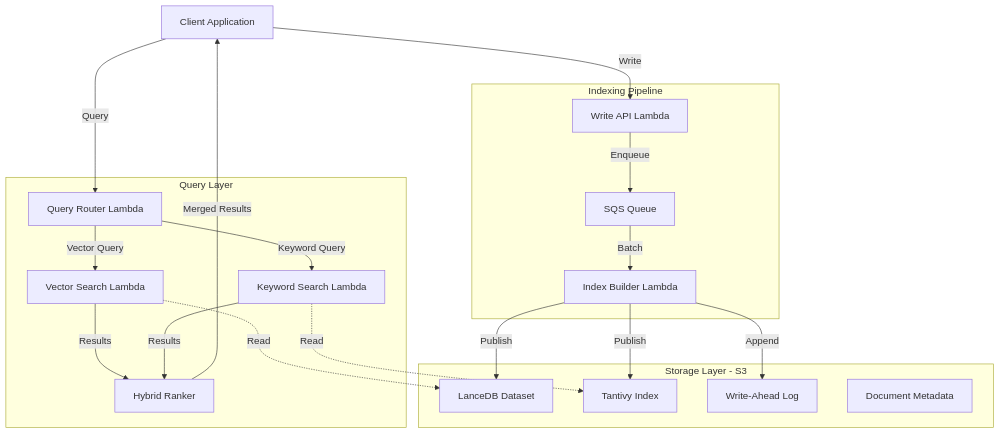
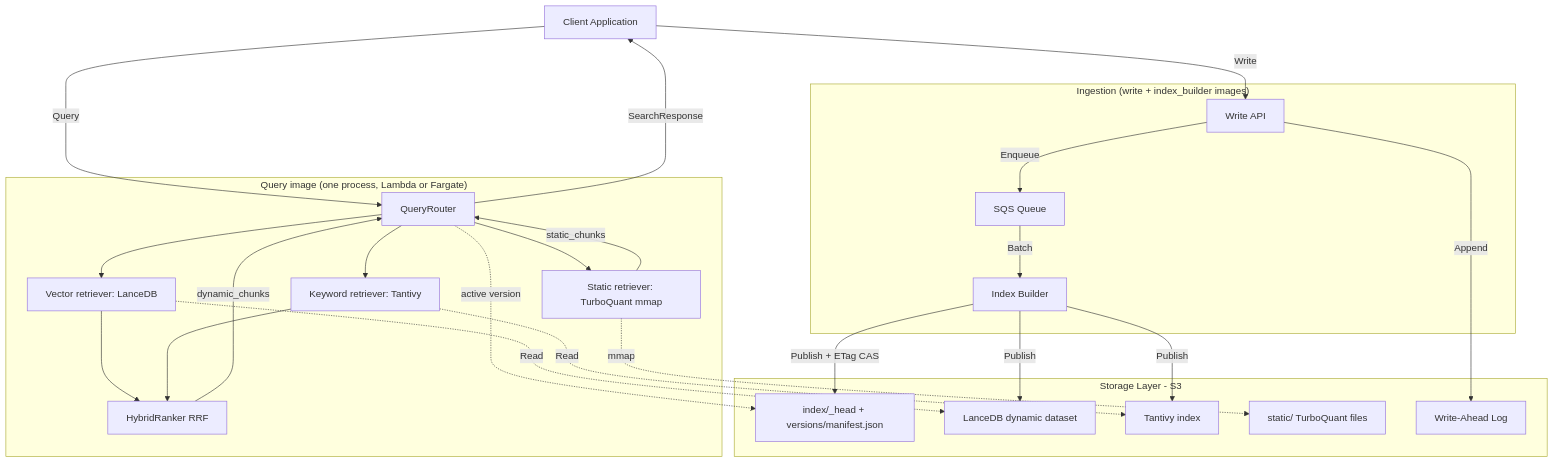
Before and after one commit to Lychee-Technology/LTSearch: the first of 2 diagrams in docs/design.md, drawn with Mermaid. The commit also changed other lines of this file and 3 other files, not shown here.

First line of the commit message:
docs: 对齐 arch/design 与实现，规划 Fargate + Lambda 统一 Docker 部署 (#104)

````diff
--- a/docs/design.md
+++ b/docs/design.md
@@ -15,41 +42,49 @@
 ```mermaid
 graph TB
     Client[Client Application]
-    
-    subgraph "Query Layer"
-        Router[Query Router Lambda]
-        VectorLambda[Vector Search Lambda]
-        KeywordLambda[Keyword Search Lambda]
-        Ranker[Hybrid Ranker]
+
+    subgraph "Query image (one process, Lambda or Fargate)"
+        Router[QueryRouter]
+        Static[Static retriever: TurboQuant mmap]
+        VectorR[Vector retriever: LanceDB]
+        KeywordR[Keyword retriever: Tantivy]
+        Ranker[HybridRanker RRF]
     end
-    
+
     subgraph "Storage Layer - S3"
-        LanceData[LanceDB Dataset]
-        TantivyIndex[Tantivy Index]
+        Head[index/_head + versions/manifest.json]
+        LanceData[LanceDB dynamic dataset]
+        TantivyIndex[Tantivy index]
+        StaticIdx[static/ TurboQuant files]
         WAL[Write-Ahead Log]
-        Docs[Document Metadata]
     end
-    
-    subgraph "Indexing Pipeline"
-        WriteAPI[Write API Lambda]
+
+    subgraph "Ingestion (write + index_builder images)"
+        WriteAPI[Write API]
         Queue[SQS Queue]
-        IndexBuilder[Index Builder Lambda]
+        IndexBuilder[Index Builder]
     end
-    
+
     Client -->|Query| Router
-    Router -->|Vector Query| VectorLambda
-    Router -->|Keyword Query| KeywordLambda
-    VectorLambda -->|Results| Ranker
-    KeywordLambda -->|Results| Ranker
-    Ranker -->|Merged Results| Client
-    
-    VectorLambda -.->|Read| LanceData
-    KeywordLambda -.->|Read| TantivyIndex
-    
+    Router --> Static
+    Router --> VectorR
+    Router --> KeywordR
+    VectorR --> Ranker
+    KeywordR --> Ranker
+    Ranker -->|dynamic_chunks| Router
+    Static -->|static_chunks| Router
+    Router -->|SearchResponse| Client
+
+    Static -.->|mmap| StaticIdx
+    VectorR -.->|Read| LanceData
+    KeywordR -.->|Read| TantivyIndex
+    Router -.->|active version| Head
+
     Client -->|Write| WriteAPI
+    WriteAPI -->|Append| WAL
     WriteAPI -->|Enqueue| Queue
     Queue -->|Batch| IndexBuilder
+    IndexBuilder -->|Publish + ETag CAS| Head
     IndexBuilder -->|Publish| LanceData
     IndexBuilder -->|Publish| TantivyIndex
-    IndexBuilder -->|Append| WAL
 ```
````
